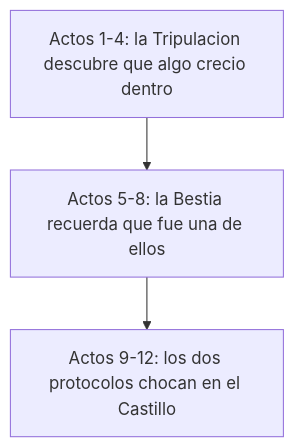
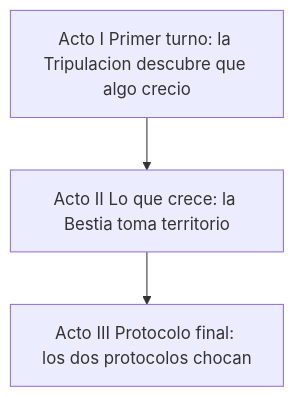
One commit to ExpertosTI/botgame changed the diagram in docs/BIBLIA.md. Above: the diagram before and after it, drawn with Mermaid. The commit also changed other lines of this file and 86 other files, not shown here.

````diff
--- a/docs/BIBLIA.md
+++ b/docs/BIBLIA.md
@@ -74,5 +76,5 @@
 ```mermaid
 flowchart TB
-  A[Actos 1-4: la Tripulacion descubre que algo crecio dentro] --> B[Actos 5-8: la Bestia recuerda que fue una de ellos]
-  B --> C[Actos 9-12: los dos protocolos chocan en el Castillo]
+  A[Acto I Primer turno: la Tripulacion descubre que algo crecio] --> B[Acto II Lo que crece: la Bestia toma territorio]
+  B --> C[Acto III Protocolo final: los dos protocolos chocan]
 ```
````
